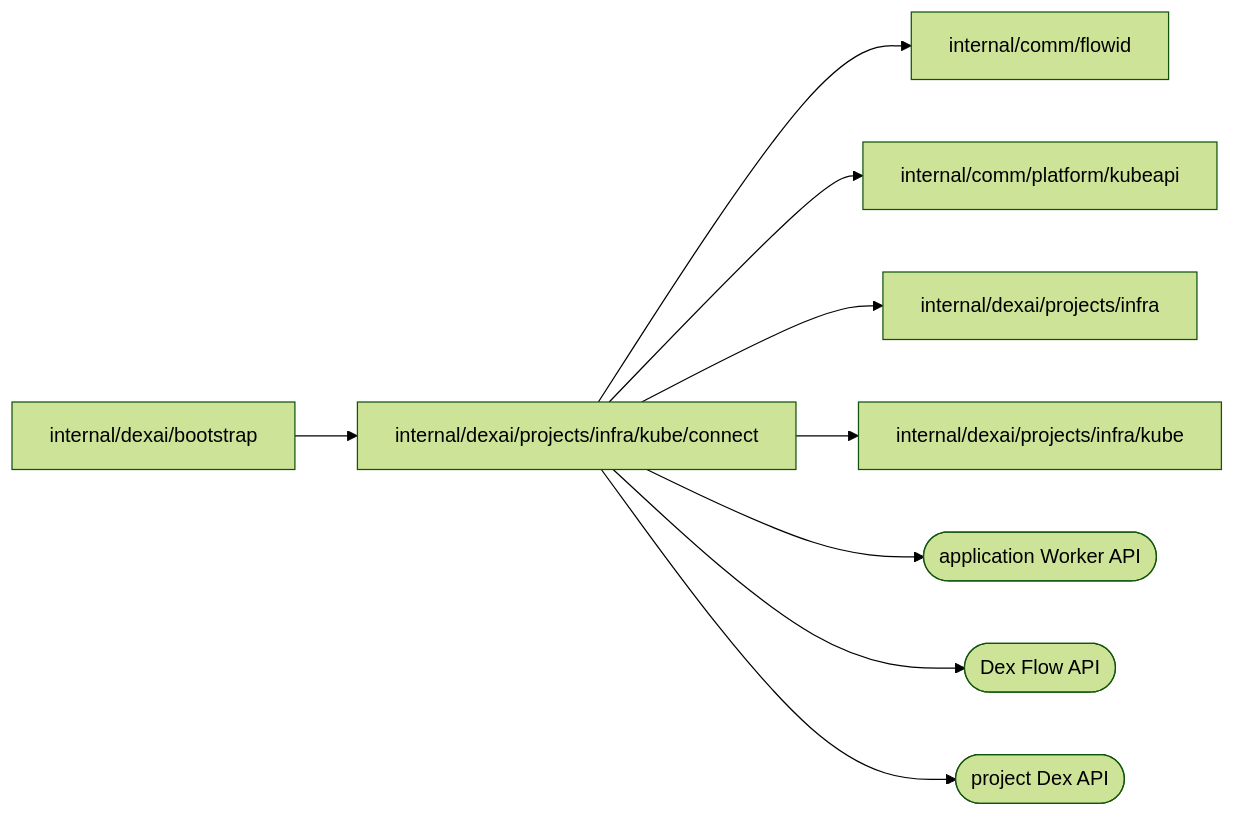
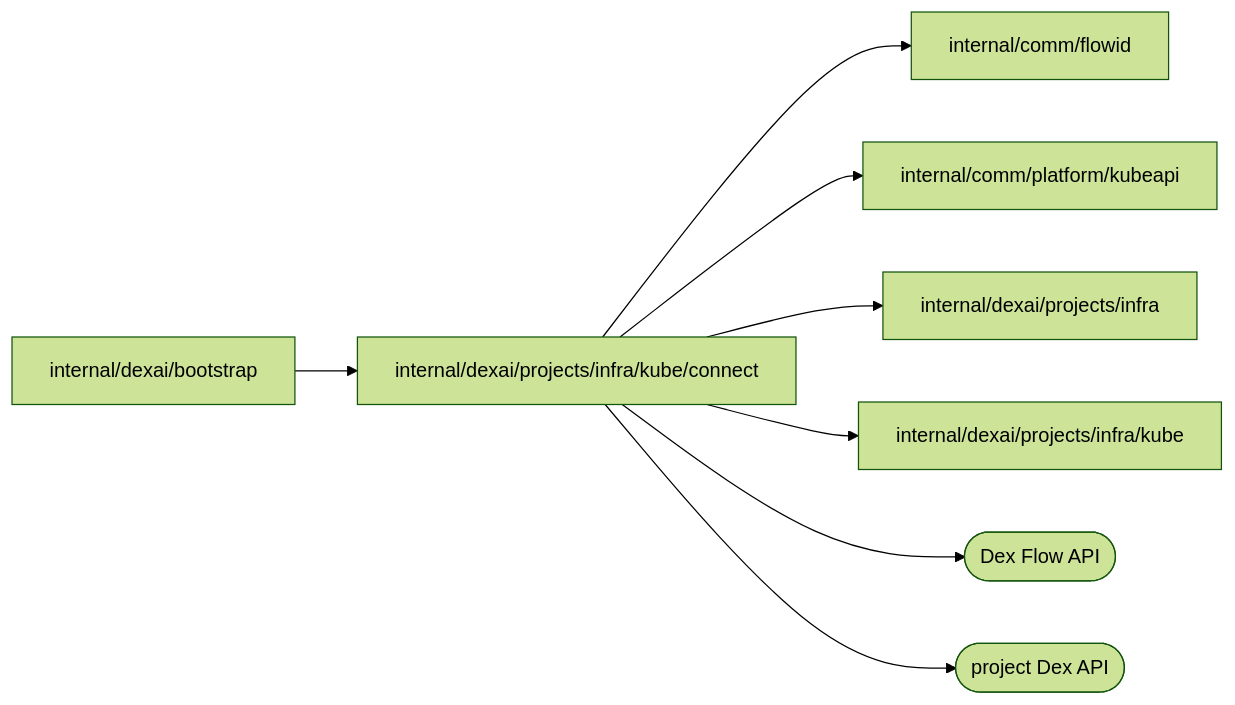
Before and after one commit to superdurable/superverse: the diagram in internal/dexai/projects/infra/kube/connect/README.md, drawn with Mermaid (forest theme). The commit also changed other lines of this file and 127 other files, not shown here.

First line of the commit message:
PULLLIVE: Live application Workers poll their Project Dex

````diff
--- a/internal/dexai/projects/infra/kube/connect/README.md
+++ b/internal/dexai/projects/infra/kube/connect/README.md
@@ -10,12 +10,11 @@
 ```mermaid
 flowchart LR
   self["internal/dexai/projects/infra/kube/connect"]
   c0["internal/dexai/bootstrap"] --> self
   self --> d0["internal/comm/flowid"]
   self --> d1["internal/comm/platform/kubeapi"]
   self --> d2["internal/dexai/projects/infra"]
   self --> d3["internal/dexai/projects/infra/kube"]
-  self --> e0(["application Worker API"])
-  self --> e1(["Dex Flow API"])
-  self --> e2(["project Dex API"])
+  self --> e0(["Dex Flow API"])
+  self --> e1(["project Dex API"])
 ```
````
